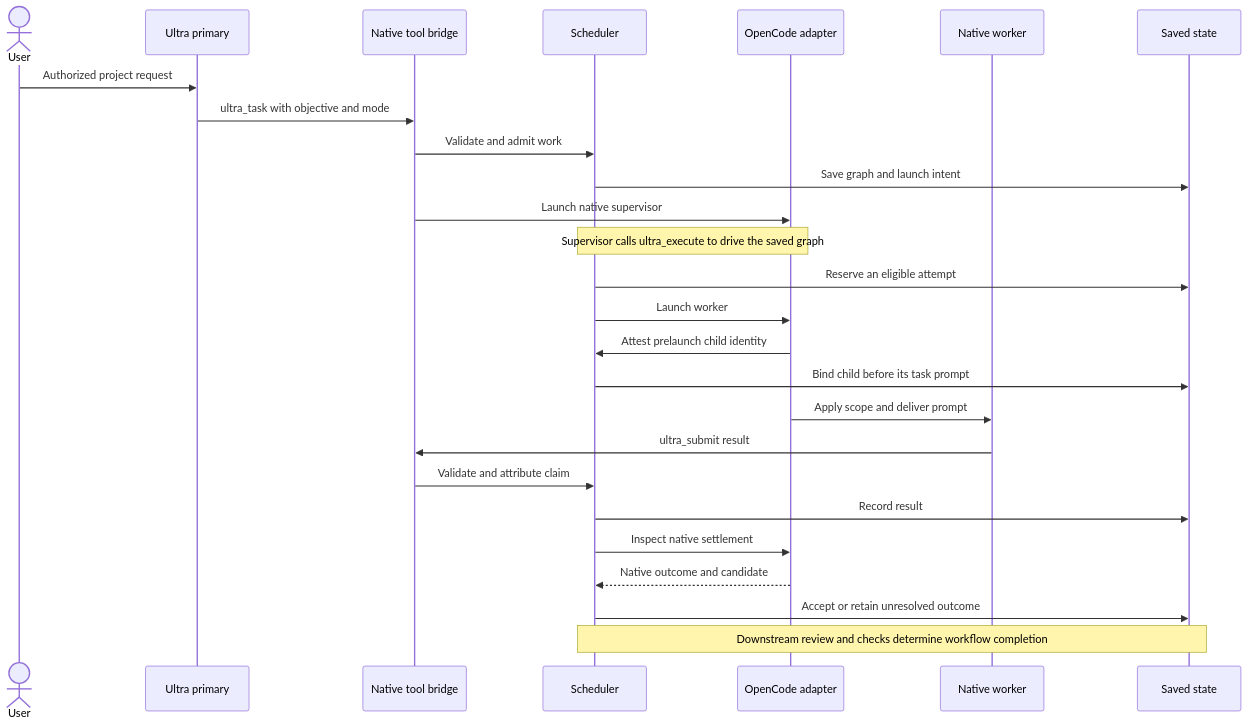
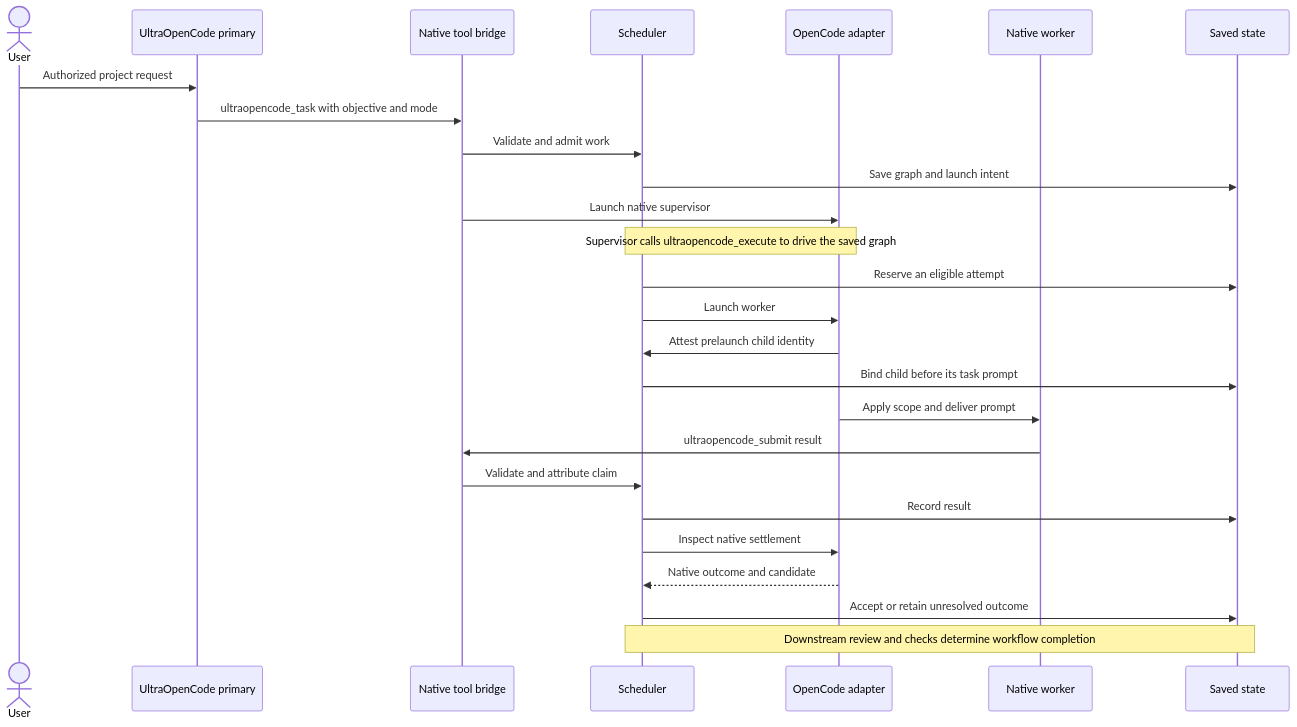
One commit to expiracy/gigacode changed the first of 2 diagrams in docs/agent-workflows.md. Above: the diagram before and after it, drawn with Mermaid. The commit also changed other lines of this file and 75 other files, not shown here.

Commit message:
Rename project and commands to UltraOpenCode

````diff
--- a/docs/agent-workflows.md
+++ b/docs/agent-workflows.md
@@ -13,28 +13,28 @@
 ```mermaid
 sequenceDiagram
     actor User
-    participant Primary as Ultra primary
+    participant Primary as UltraOpenCode primary
     participant Plugin as Native tool bridge
     participant Engine as Scheduler
     participant Host as OpenCode adapter
     participant Worker as Native worker
     participant DB as Saved state
     User->>Primary: Authorized project request
-    Primary->>Plugin: ultra_task with objective and mode
+    Primary->>Plugin: ultraopencode_task with objective and mode
     Plugin->>Engine: Validate and admit work
     Engine->>DB: Save graph and launch intent
     Plugin->>Host: Launch native supervisor
-    Note over Engine,Host: Supervisor calls ultra_execute to drive the saved graph
+    Note over Engine,Host: Supervisor calls ultraopencode_execute to drive the saved graph
     Engine->>DB: Reserve an eligible attempt
     Engine->>Host: Launch worker
     Host->>Engine: Attest prelaunch child identity
     Engine->>DB: Bind child before its task prompt
     Host->>Worker: Apply scope and deliver prompt
-    Worker->>Plugin: ultra_submit result
+    Worker->>Plugin: ultraopencode_submit result
     Plugin->>Engine: Validate and attribute claim
     Engine->>DB: Record result
     Engine->>Host: Inspect native settlement
     Host-->>Engine: Native outcome and candidate
     Engine->>DB: Accept or retain unresolved outcome
     Note over Engine,DB: Downstream review and checks determine workflow completion
 ```
````
